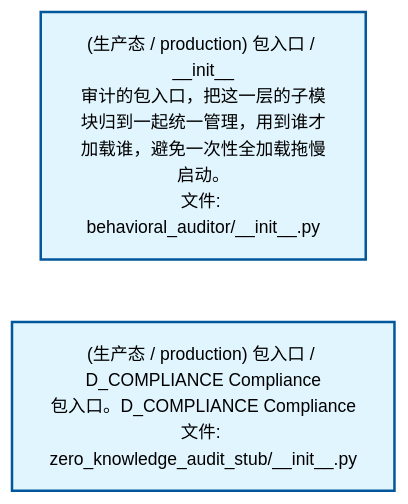
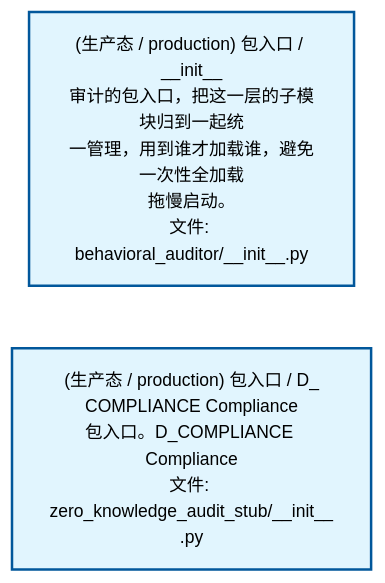
Before and after one commit to xuanFelixVan/ZephyrAlpha: the second of 4 diagrams in docs/02_enterprise_architecture/02_domain_architecture_docs/38_d_compliance.md, drawn with Mermaid. The commit also changed other lines of this file and 59 other files, not shown here.

````diff
--- a/docs/02_enterprise_architecture/02_domain_architecture_docs/38_d_compliance.md
+++ b/docs/02_enterprise_architecture/02_domain_architecture_docs/38_d_compliance.md
@@ -92,12 +92,12 @@
 ```mermaid
 %%{init: {'theme': 'base', 'themeVariables': {'primaryColor': '#eaeaea', 'primaryTextColor': '#333333', 'primaryBorderColor': '#666666', 'lineColor': '#666666', 'secondaryColor': '#eaeaea', 'tertiaryColor': '#eaeaea', 'fontSize': '14px'}}}%%
 flowchart TD
-    src_zephyr_compliance_behavioral_auditor_init_py["(生产态 / production) 包入口 / __init__<br/>审计的包入口，把这一层的子模块归到一起统一管理，用到谁才加载谁，避免一次性全加载拖慢启动。<br/>文件: behavioral_auditor/__init__.py"]
-    src_zephyr_compliance_zero_knowledge_audit_stub_init_py["(生产态 / production) 包入口 / D_COMPLIANCE Compliance<br/>包入口。D_COMPLIANCE Compliance<br/>文件: zero_knowledge_audit_stub/__init__.py"]
+    src_zephyr_compliance_behavioral_auditor_init_py["(生产态 / production) 包入口 / __init__<br/>审计的包入口，把这一层的子模块归到一起统<br/>一管理，用到谁才加载谁，避免一次性全加载<br/>拖慢启动。<br/>文件: behavioral_auditor/__init__.py"]
+    src_zephyr_compliance_zero_knowledge_audit_stub_init_py["(生产态 / production) 包入口 / D_<br/>COMPLIANCE Compliance<br/>包入口。D_COMPLIANCE Compliance<br/>文件: zero_knowledge_audit_stub/__init__<br/>.py"]
     src_zephyr_compliance_behavioral_auditor_init_py ~~~ src_zephyr_compliance_zero_knowledge_audit_stub_init_py
     classDef production fill:#e1f5fe,stroke:#01579b,stroke-width:2px,color:#000
     classDef design fill:#fff3e0,stroke:#e65100,stroke-width:2px,color:#000,stroke-dasharray: 5 5
     classDef external_prod fill:#e8f4fd,stroke:#0277bd,stroke-width:1px,color:#000
     classDef external_design fill:#fff8e7,stroke:#ef6c00,stroke-width:1px,color:#000,stroke-dasharray: 5 5
     class src_zephyr_compliance_behavioral_auditor_init_py,src_zephyr_compliance_zero_knowledge_audit_stub_init_py production
 ```
````
